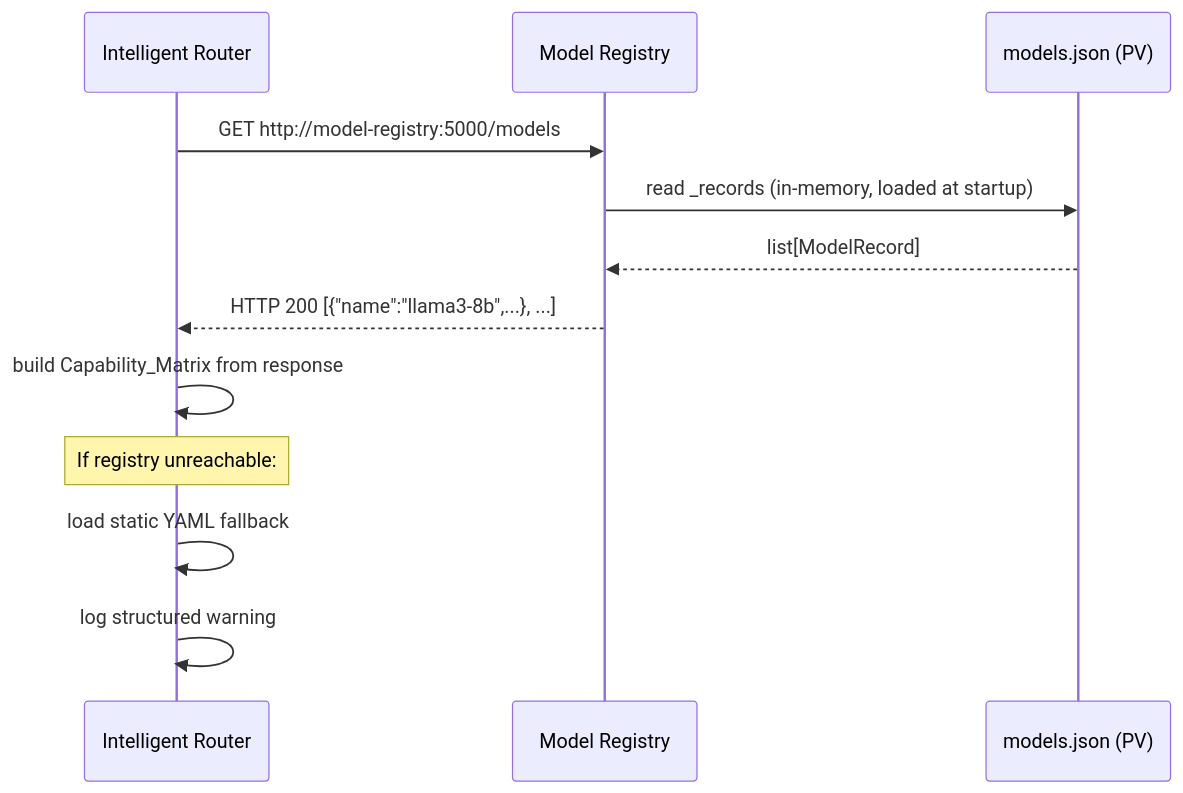
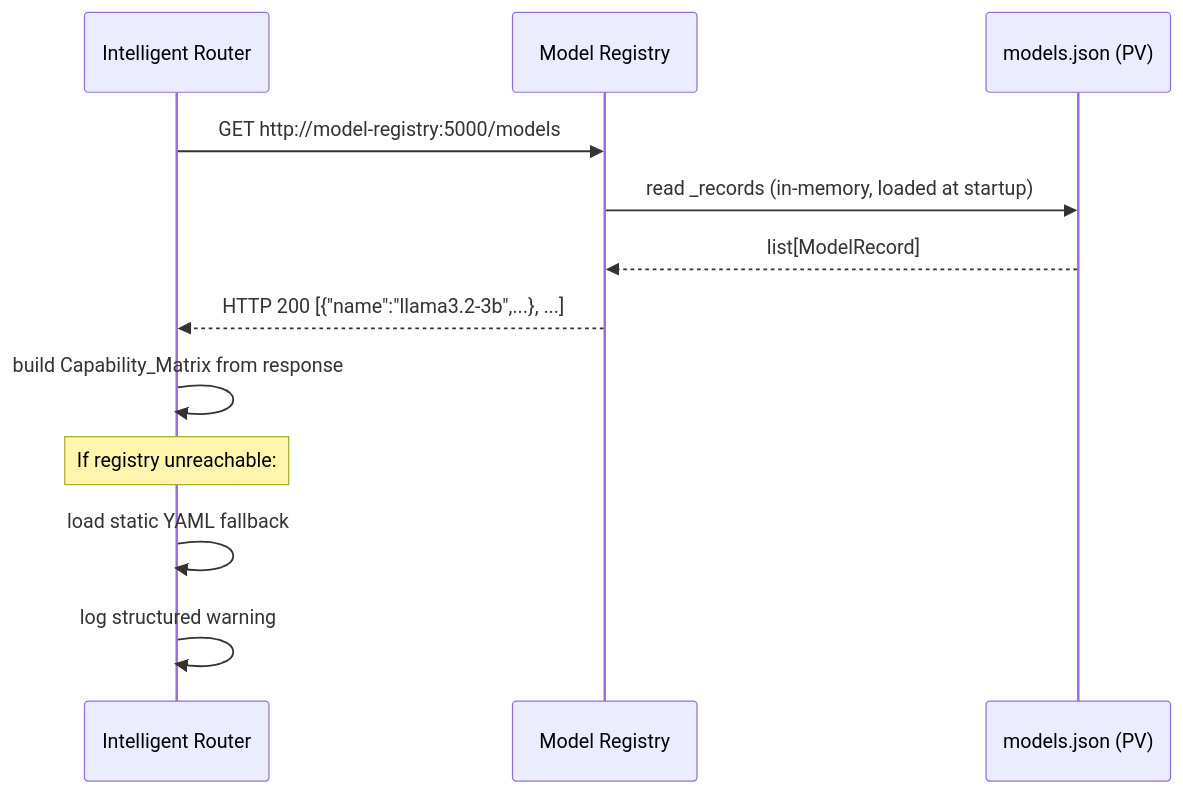
Before and after one commit to bhadri02/on_prem_llm_server_poc: the second of 5 diagrams in .kiro/specs/model-registry/design.md, drawn with Mermaid. The commit also changed other lines of this file and 51 other files, not shown here.

````diff
--- a/.kiro/specs/model-registry/design.md
+++ b/.kiro/specs/model-registry/design.md
@@ -604,16 +604,16 @@
 ```mermaid
 sequenceDiagram
     participant R as Intelligent Router
     participant RG as Model Registry
     participant FS as models.json (PV)
 
     R->>RG: GET http://model-registry:5000/models
     RG->>FS: read _records (in-memory, loaded at startup)
     FS-->>RG: list[ModelRecord]
-    RG-->>R: HTTP 200  [{"name":"llama3-8b",...}, ...]
+    RG-->>R: HTTP 200  [{"name":"llama3.2-3b",...}, ...]
     R->>R: build Capability_Matrix from response
 
     note over R: If registry unreachable:
     R->>R: load static YAML fallback
     R->>R: log structured warning
 ```
````
